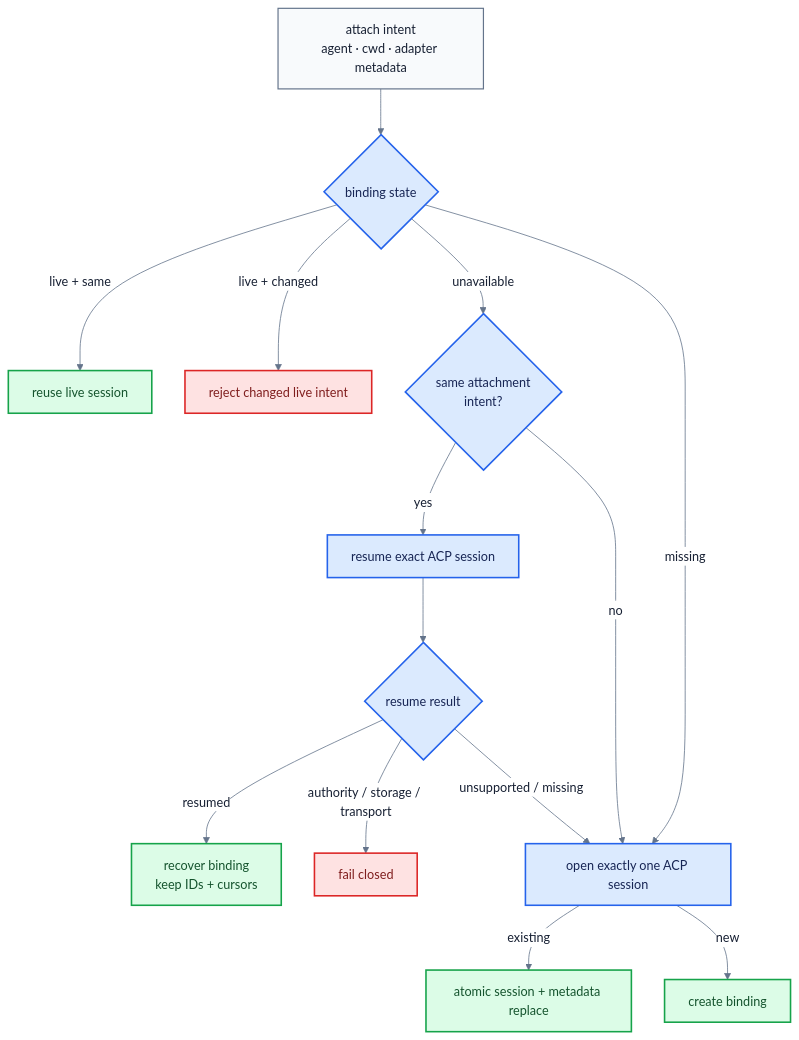
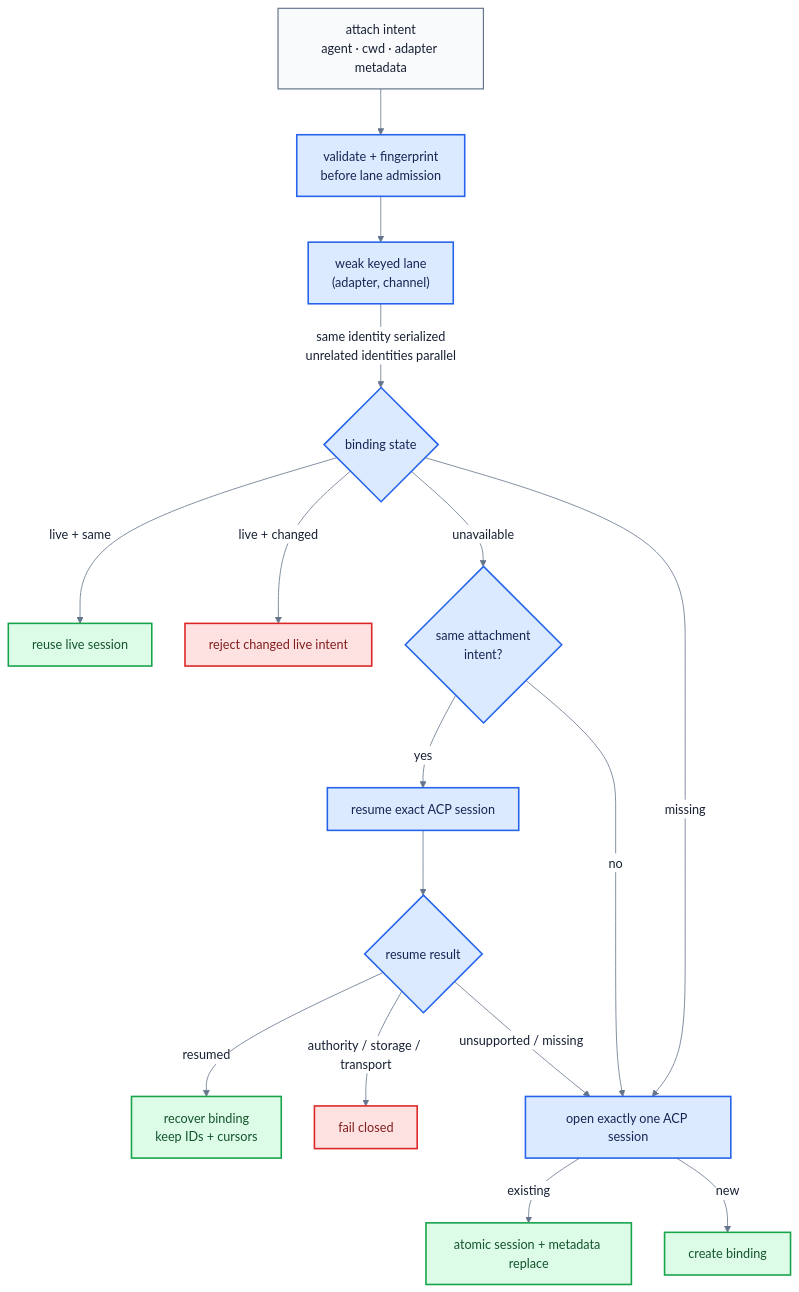
One commit to fontanierh/crab changed the diagram in v2/docs/channel-gateway-flow.mmd. Above: the diagram before and after it, drawn with Mermaid. The commit also changed 3 other files, not shown here.

```diff
--- a/v2/docs/channel-gateway-flow.mmd
+++ b/v2/docs/channel-gateway-flow.mmd
@@ -1,37 +1,40 @@
 %%{init: {"theme": "base", "themeVariables": {"fontFamily": "ui-sans-serif, system-ui, sans-serif", "primaryTextColor": "#172033", "lineColor": "#64748b", "edgeLabelBackground": "#ffffff"}, "flowchart": {"curve": "basis", "nodeSpacing": 42, "rankSpacing": 58}}}%%
 flowchart TB
     REQUEST["attach intent<br/>agent · cwd · adapter metadata"]
+    VALIDATE["validate + fingerprint<br/>before lane admission"]
+    LANE["weak keyed lane<br/>(adapter, channel)"]
     FIND{"binding state"}
     REUSE["reuse live session"]
     CONFLICT["reject changed live intent"]
     SAME{"same attachment<br/>intent?"}
     RESUME["resume exact ACP session"]
     RECOVER["recover binding<br/>keep IDs + cursors"]
     FALLBACK{"resume result"}
     FAIL["fail closed"]
     OPEN["open exactly one ACP session"]
     REPLACE["atomic session + metadata replace"]
     BIND["create binding"]
 
-    REQUEST --> FIND
+    REQUEST --> VALIDATE --> LANE
+    LANE -->|"same identity serialized<br/>unrelated identities parallel"| FIND
     FIND -->|"live + same"| REUSE
     FIND -->|"live + changed"| CONFLICT
     FIND -->|"unavailable"| SAME
     FIND -->|"missing"| OPEN
     SAME -->|"yes"| RESUME
     SAME -->|"no"| OPEN
     RESUME --> FALLBACK
     FALLBACK -->|"resumed"| RECOVER
     FALLBACK -->|"unsupported / missing"| OPEN
     FALLBACK -->|"authority / storage / transport"| FAIL
     OPEN -->|"existing"| REPLACE
     OPEN -->|"new"| BIND
 
     classDef request fill:#f8fafc,stroke:#64748b,stroke-width:1.5px,color:#172033;
     classDef safe fill:#dcfce7,stroke:#16a34a,stroke-width:2px,color:#14532d;
     classDef runtime fill:#dbeafe,stroke:#2563eb,stroke-width:2px,color:#172554;
     classDef conflict fill:#fee2e2,stroke:#dc2626,stroke-width:2px,color:#7f1d1d;
     class REQUEST request;
     class REUSE,RECOVER,REPLACE,BIND safe;
-    class FIND,SAME,RESUME,FALLBACK,OPEN runtime;
+    class VALIDATE,LANE,FIND,SAME,RESUME,FALLBACK,OPEN runtime;
     class CONFLICT,FAIL conflict;
```
